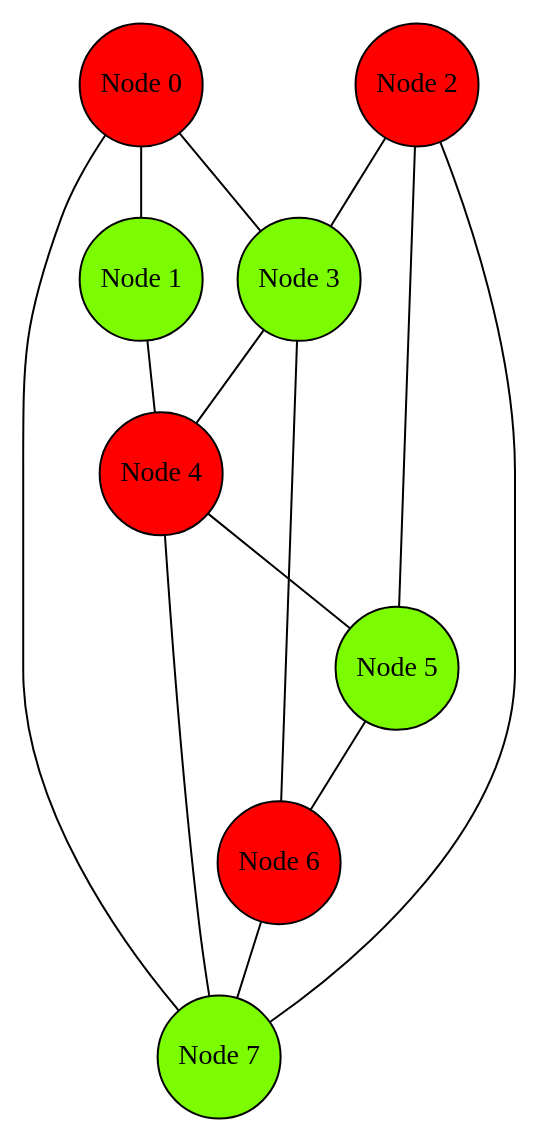
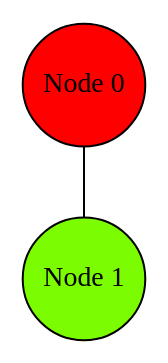
One commit to AlexanderSenchenko/Graph_coloring changed the diagram in graph.gv. Above: the diagram before and after it, drawn with Graphviz. The commit also changed 7 other files, not shown here.

```diff
--- a/graph.gv
+++ b/graph.gv
@@ -1,27 +1,9 @@
 digraph HelloGraph {
 	node [shape="circle", style="filled", margin="0.01"];
 	edge [dir="none"];
 
 	"Node 0" [fillcolor="red"]
 	"Node 1" [fillcolor="lawngreen"]
-	"Node 2" [fillcolor="red"]
-	"Node 3" [fillcolor="lawngreen"]
-	"Node 4" [fillcolor="red"]
-	"Node 5" [fillcolor="lawngreen"]
-	"Node 6" [fillcolor="red"]
-	"Node 7" [fillcolor="lawngreen"]
 
 	"Node 0" -> "Node 1";
-	"Node 0" -> "Node 3";
-	"Node 0" -> "Node 7";
-	"Node 1" -> "Node 4";
-	"Node 2" -> "Node 3";
-	"Node 2" -> "Node 5";
-	"Node 2" -> "Node 7";
-	"Node 3" -> "Node 4";
-	"Node 3" -> "Node 6";
-	"Node 4" -> "Node 5";
-	"Node 4" -> "Node 7";
-	"Node 5" -> "Node 6";
-	"Node 6" -> "Node 7";
 }
```
